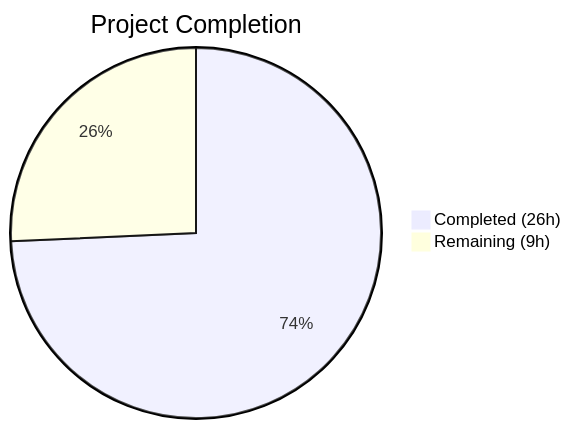
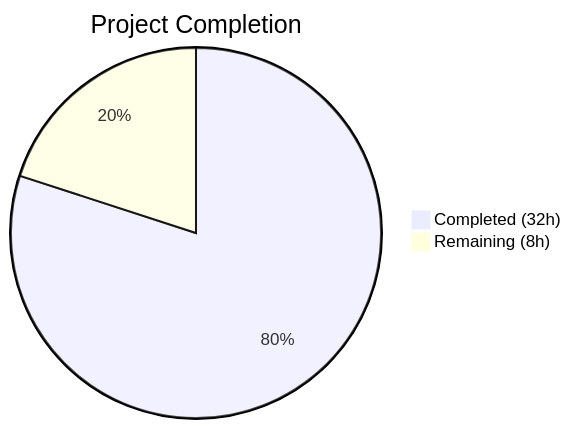
Before and after one commit to Blitzy-Sandbox/blitzy-cal: the first of 2 diagrams in blitzy/documentation/Project Guide.md, drawn with Mermaid. The commit also changed other lines of this file, not shown here.

Commit message:
Adding Blitzy Project Guide: Project Status and Human Tasks Remaining

````diff
--- a/blitzy/documentation/Project Guide.md
+++ b/blitzy/documentation/Project Guide.md
@@ -11,5 +11,5 @@
 ```mermaid
 pie title Project Completion
-    "Completed (26h)" : 26
-    "Remaining (9h)" : 9
+    "Completed (32h)" : 32
+    "Remaining (8h)" : 8
 ```
````
